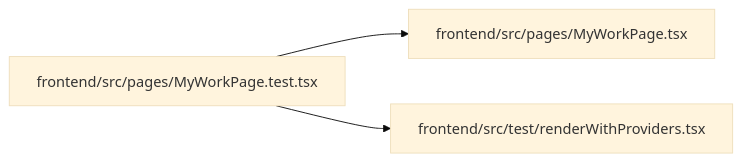
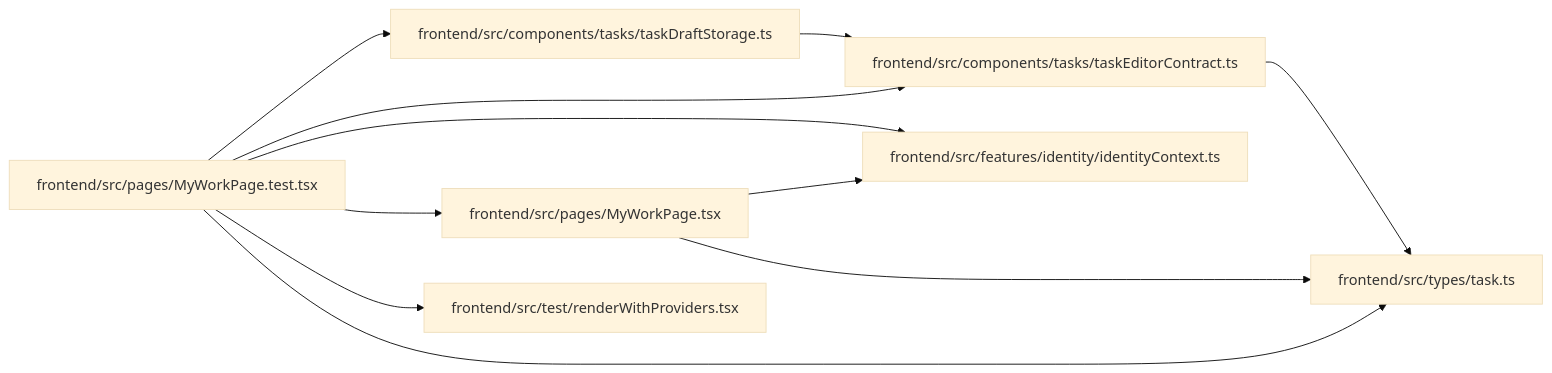
One commit to Denissvgn/WorkChord changed the diagram in docs/llm_wiki/modules/MyWorkPage.test.md. Above: the diagram before and after it, drawn with Mermaid (base theme). The commit also changed other lines of this file and 405 other files, not shown here.

````diff
--- a/docs/llm_wiki/modules/MyWorkPage.test.md
+++ b/docs/llm_wiki/modules/MyWorkPage.test.md
@@ -28,11 +32,27 @@
 ```mermaid
 flowchart LR
-    n0["frontend/src/pages/MyWorkPage.test.tsx"]
-    n1["frontend/src/pages/MyWorkPage.tsx"]
-    n2["frontend/src/test/renderWithProviders.tsx"]
+    n0["frontend/src/components/tasks/taskDraftStorage.ts"]
+    n1["frontend/src/components/tasks/taskEditorContract.ts"]
+    n2["frontend/src/features/identity/identityContext.ts"]
+    n3["frontend/src/pages/MyWorkPage.test.tsx"]
+    n4["frontend/src/pages/MyWorkPage.tsx"]
+    n5["frontend/src/test/renderWithProviders.tsx"]
+    n6["frontend/src/types/task.ts"]
     n0 --> n1
-    n0 --> n2
-    click n0 "../modules/MyWorkPage.test.md"
-    click n1 "../modules/MyWorkPage.md"
-    click n2 "../modules/renderWithProviders.md"
+    n1 --> n6
+    n3 --> n0
+    n3 --> n1
+    n3 --> n2
+    n3 --> n4
+    n3 --> n5
+    n3 --> n6
+    n4 --> n2
+    n4 --> n6
+    click n0 "../modules/taskDraftStorage.md"
+    click n1 "../modules/taskEditorContract.md"
+    click n2 "../modules/identityContext.md"
+    click n3 "../modules/MyWorkPage.test.md"
+    click n4 "../modules/MyWorkPage.md"
+    click n5 "../modules/renderWithProviders.md"
+    click n6 "../modules/types_task.md"
 ```
````
